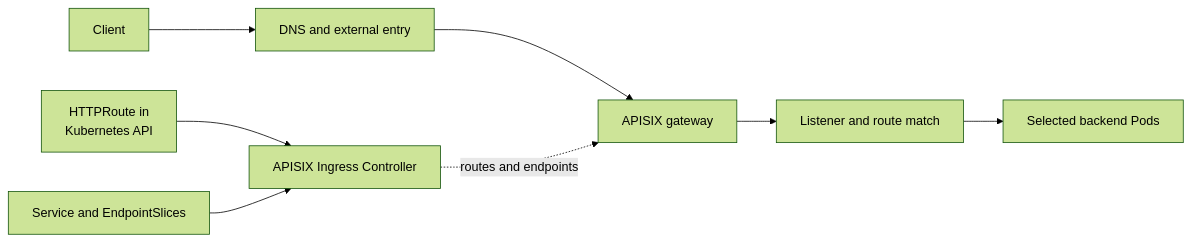
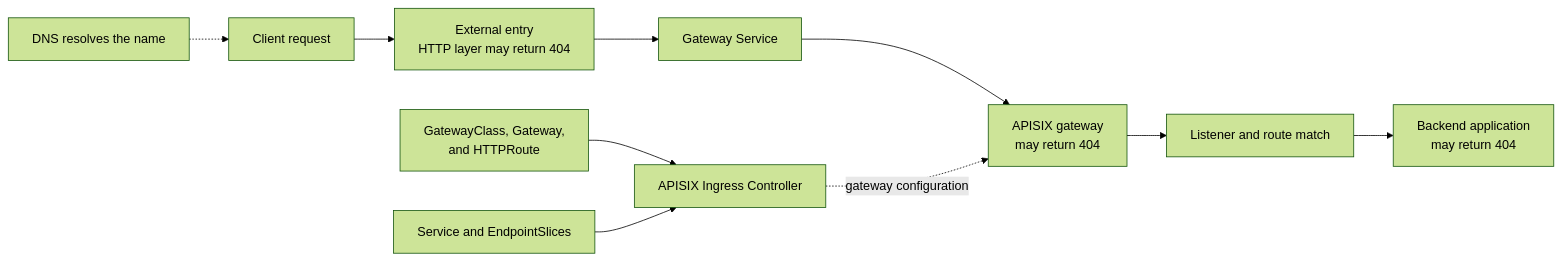
One commit to David-A18/MY-humble-knowledge-for-everyone changed the diagram in knowledge/kubernetes/troubleshooting/apisix.md. Above: the diagram before and after it, drawn with Mermaid (forest theme). The commit also changed other lines of this file and 5 other files, not shown here.

Commit message:
Clarify APISIX 404 origin and route attachment checks

````diff
--- a/knowledge/kubernetes/troubleshooting/apisix.md
+++ b/knowledge/kubernetes/troubleshooting/apisix.md
@@ -57,10 +78,12 @@
 ```mermaid
 flowchart LR
-  client["Client"] --> entry["DNS and external entry"]
-  entry --> gateway["APISIX gateway"]
+  dns["DNS resolves the name"] -.-> client["Client request"]
+  client --> entry["External entry<br/>HTTP layer may return 404"]
+  entry --> service["Gateway Service"]
+  service --> gateway["APISIX gateway<br/>may return 404"]
   gateway --> match["Listener and route match"]
-  match --> upstream["Selected backend Pods"]
-  route["HTTPRoute in<br/>Kubernetes API"] --> controller["APISIX Ingress Controller"]
+  match --> backend["Backend application<br/>may return 404"]
+  config["GatewayClass, Gateway,<br/>and HTTPRoute"] --> controller["APISIX Ingress Controller"]
   endpoints["Service and EndpointSlices"] --> controller
-  controller -. "routes and endpoints" .-> gateway
+  controller -. "gateway configuration" .-> gateway
 ```
````
